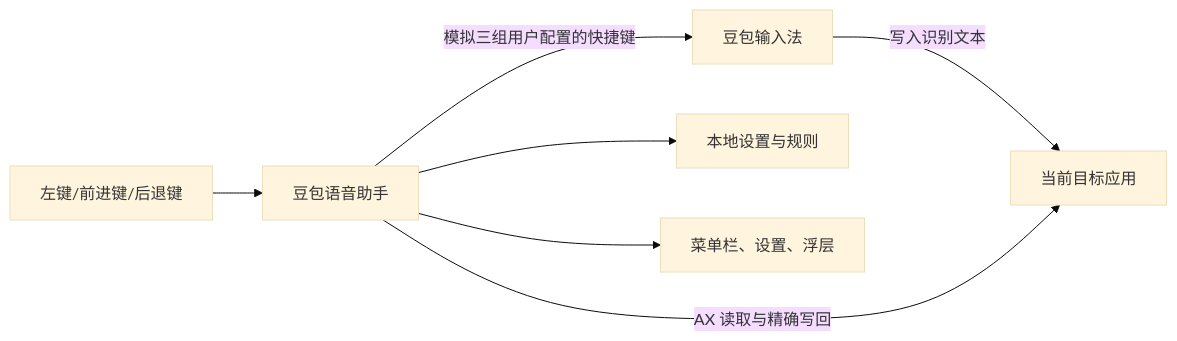
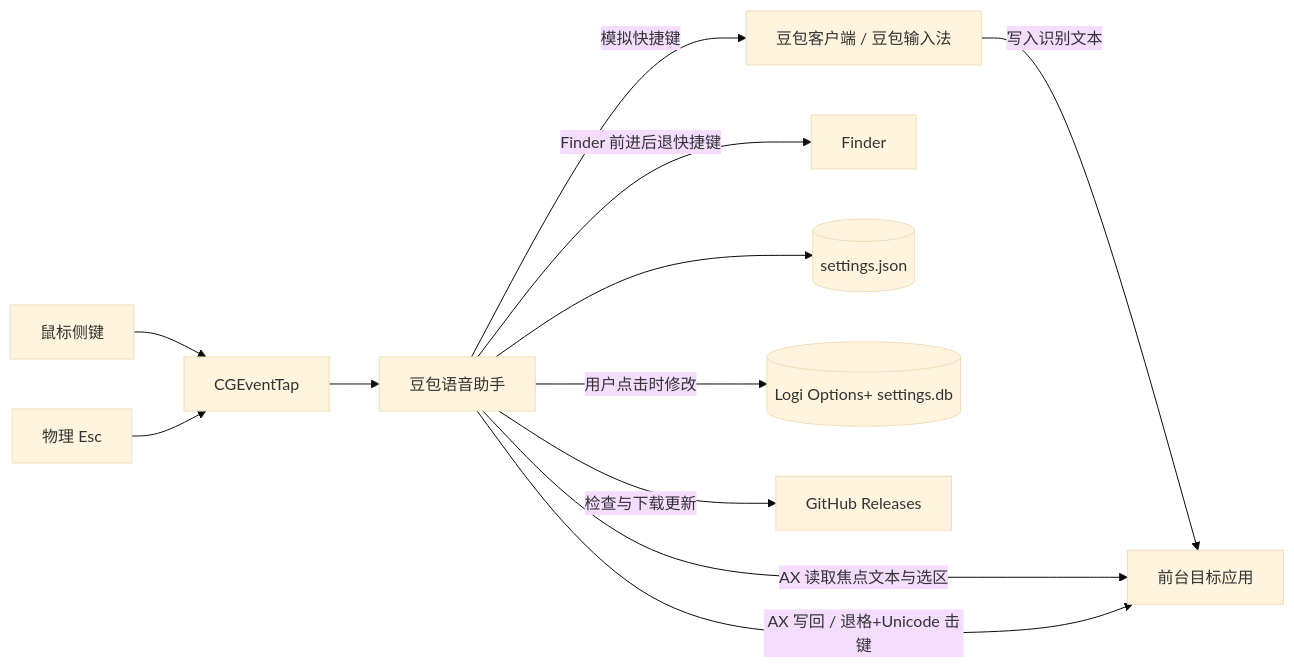
One commit to backtomyfuture/doubao-voice-helper changed the first of 2 diagrams in docs/ARCHITECTURE.md. Above: the diagram before and after it, drawn with Mermaid (base theme). The commit also changed other lines of this file and 4 other files, not shown here.

````diff
--- a/docs/ARCHITECTURE.md
+++ b/docs/ARCHITECTURE.md
@@ -53,9 +54,14 @@
 ```mermaid
 flowchart LR
-    Mouse[左键/前进键/后退键] --> App[豆包语音助手]
-    App -->|模拟三组用户配置的快捷键| Doubao[豆包输入法]
-    Doubao -->|写入识别文本| Target[当前目标应用]
-    App -->|AX 读取与精确写回| Target
-    App --> Store[本地设置与规则]
-    App --> UI[菜单栏、设置、浮层]
+    Mouse[鼠标侧键] --> Tap[CGEventTap]
+    Esc[物理 Esc] --> Tap
+    Tap --> App[豆包语音助手]
+    App -->|模拟快捷键| Doubao[豆包客户端 / 豆包输入法]
+    Doubao -->|写入识别文本| Target[前台目标应用]
+    App -->|AX 读取焦点文本与选区| Target
+    App -->|AX 写回 / 退格+Unicode 击键| Target
+    App -->|Finder 前进后退快捷键| Finder
+    App --> Store[(settings.json)]
+    App -->|用户点击时修改| Logi[(Logi Options+ settings.db)]
+    App -->|检查与下载更新| GitHub[GitHub Releases]
 ```
````
